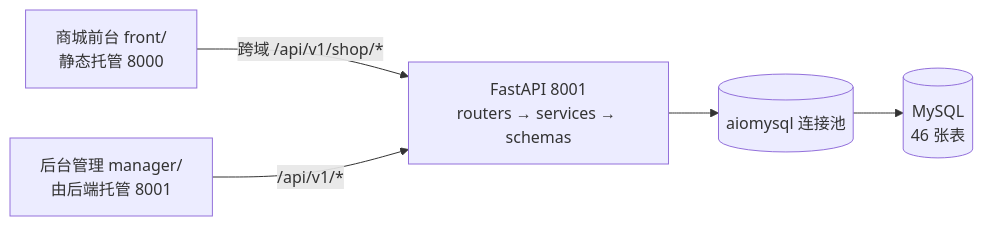
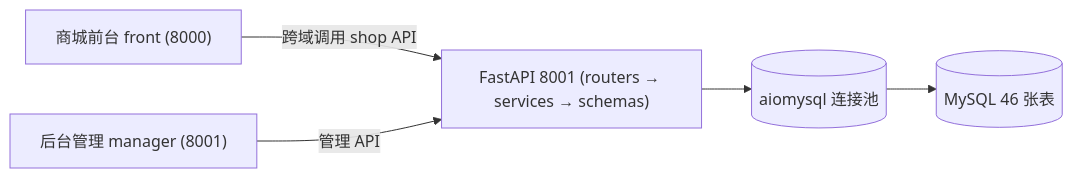
The diagram in README.md (3EN2SHG1P/shop-open), drawn with Mermaid before and after one commit. The commit also changed other lines of this file and 9 other files, not shown here.

Commit message:
docs: add UI screenshots and fix mermaid render on GitHub

````diff
--- a/README.md
+++ b/README.md
@@ -22,7 +22,7 @@
 ```mermaid
 flowchart LR
-    B["商城前台 front/<br/>静态托管 8000"] -->|"跨域 /api/v1/shop/*"| A
-    M["后台管理 manager/<br/>由后端托管 8001"] -->|"/api/v1/*"| A
-    A["FastAPI 8001<br/>routers → services → schemas"] --> P[("aiomysql 连接池")]
-    P --> DB[("MySQL<br/>46 张表")]
+    B["商城前台 front (8000)"] -- "跨域调用 shop API" --> A
+    M["后台管理 manager (8001)"] -- "管理 API" --> A
+    A["FastAPI 8001 (routers → services → schemas)"] --> P[("aiomysql 连接池")]
+    P --> DB[("MySQL 46 张表")]
 ```
````
